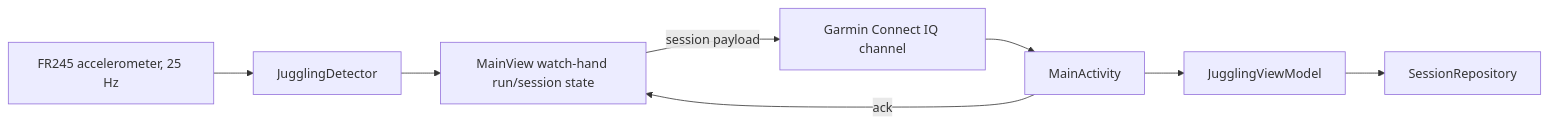
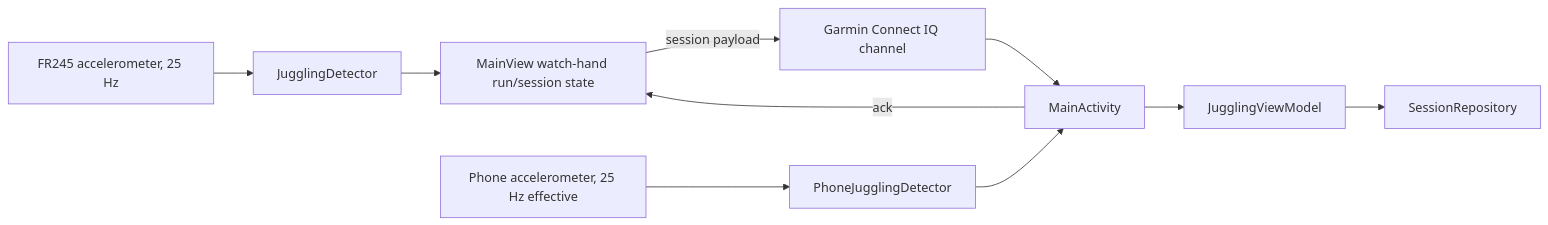
Before and after one commit to jumlauft/JugglingTracker: the diagram in README.md, drawn with Mermaid. The commit also changed other lines of this file and 6 other files, not shown here.

````diff
--- a/README.md
+++ b/README.md
@@ -27,10 +28,12 @@
 ```mermaid
 flowchart LR
     A[FR245 accelerometer, 25 Hz] --> B[JugglingDetector]
     B --> C[MainView watch-hand run/session state]
     C -->|session payload| D[Garmin Connect IQ channel]
     D --> E[MainActivity]
+    P[Phone accelerometer, 25 Hz effective] --> Q[PhoneJugglingDetector]
+    Q --> E
     E --> F[JugglingViewModel]
     F --> G[SessionRepository]
     E -->|ack| C
 ```
````
